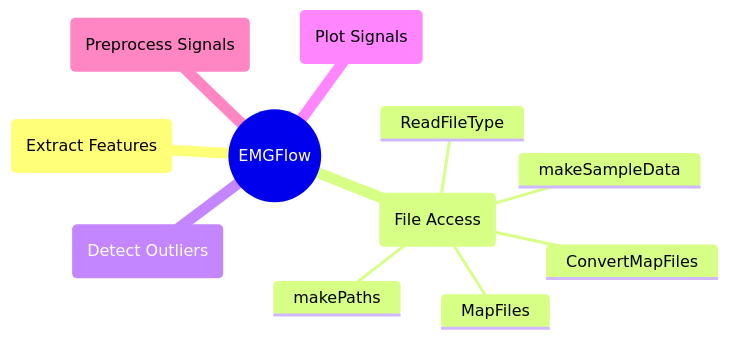
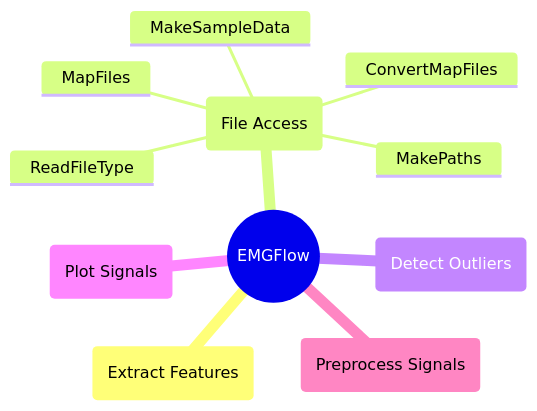
The diagram in docs/reference/file-access.md (WiIIson/EMGFlow-Python-Package), drawn with Mermaid before and after one commit. The commit also changed other lines of this file and 7 other files, not shown here.

````diff
--- a/docs/reference/file-access.md
+++ b/docs/reference/file-access.md
@@ -7,14 +7,14 @@
 ```mermaid
 mindmap
     root((EMGFlow))
         EF(Extract Features)
         FA(File Access)
-            makePaths
-            makeSampleData
+            MakePaths
+            MakeSampleData
             ReadFileType
             MapFiles
             ConvertMapFiles
         DO(Detect Outliers)
         PlS(Plot Signals)
         PrS(Preprocess Signals)
 ```
````
